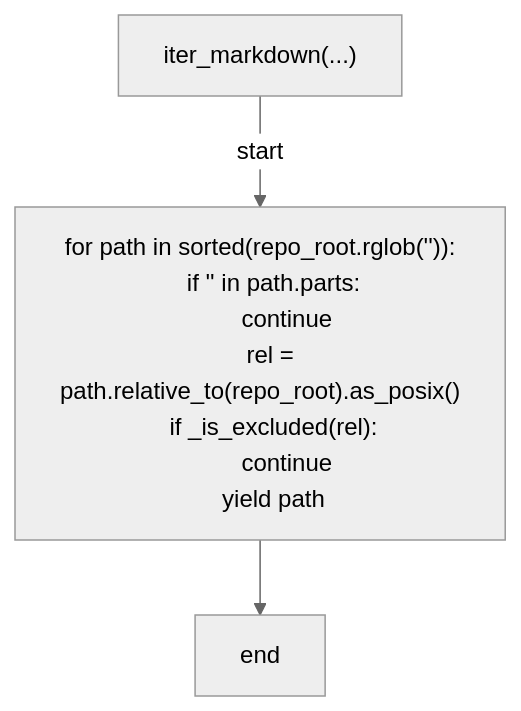
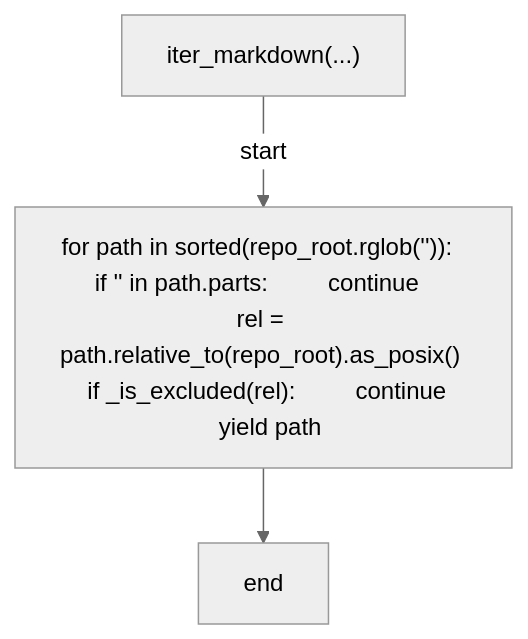
The second of 7 diagrams in docs/generated/scripts/ast/scan_doc_workflow_refs.md (tvna/claude-md), drawn with Mermaid (neutral theme) before and after one commit. The commit also changed other lines of this file and 29 other files, not shown here.

First line of the commit message:
docs(generated): regenerate decision tree and workflow diagrams (batch 3/5)

````diff
--- a/docs/generated/scripts/ast/scan_doc_workflow_refs.md
+++ b/docs/generated/scripts/ast/scan_doc_workflow_refs.md
@@ -16,14 +16,8 @@
 ```mermaid
 flowchart TD
     N001["iter_markdown(...)"]
-    N002["for path in sorted(repo_root.rglob('<str>')):
-    if '<str>' in path.parts:
-        continue
-    rel = path.relative_to(repo_root).as_posix()
-    if _is_excluded(rel):
-        continue
-    yield path"]
+    N002["for path in sorted(repo_root.rglob('<str>')):     if '<str>' in path.parts:         continue     rel = path.relative_to(repo_root).as_posix()     if _is_excluded(rel):         continue     yield path"]
     N003["end"]
     N001 -->|"start"| N002
     N002 --> N003
 ```
````
